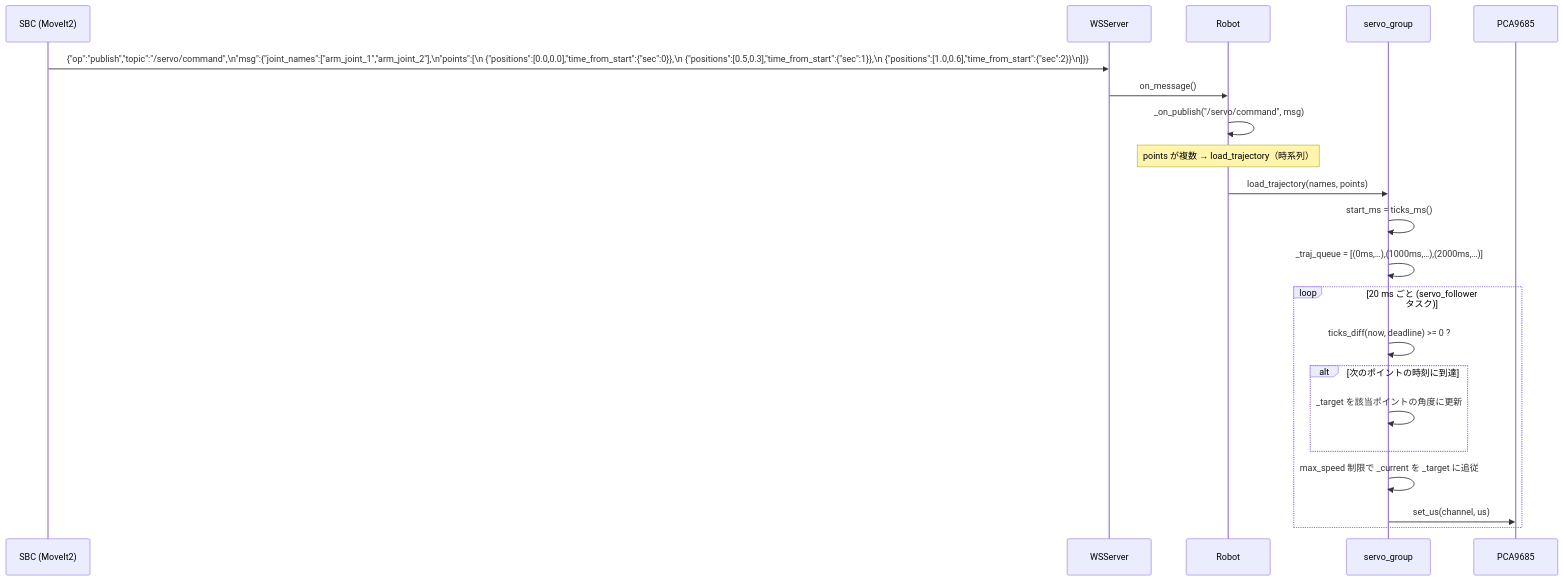
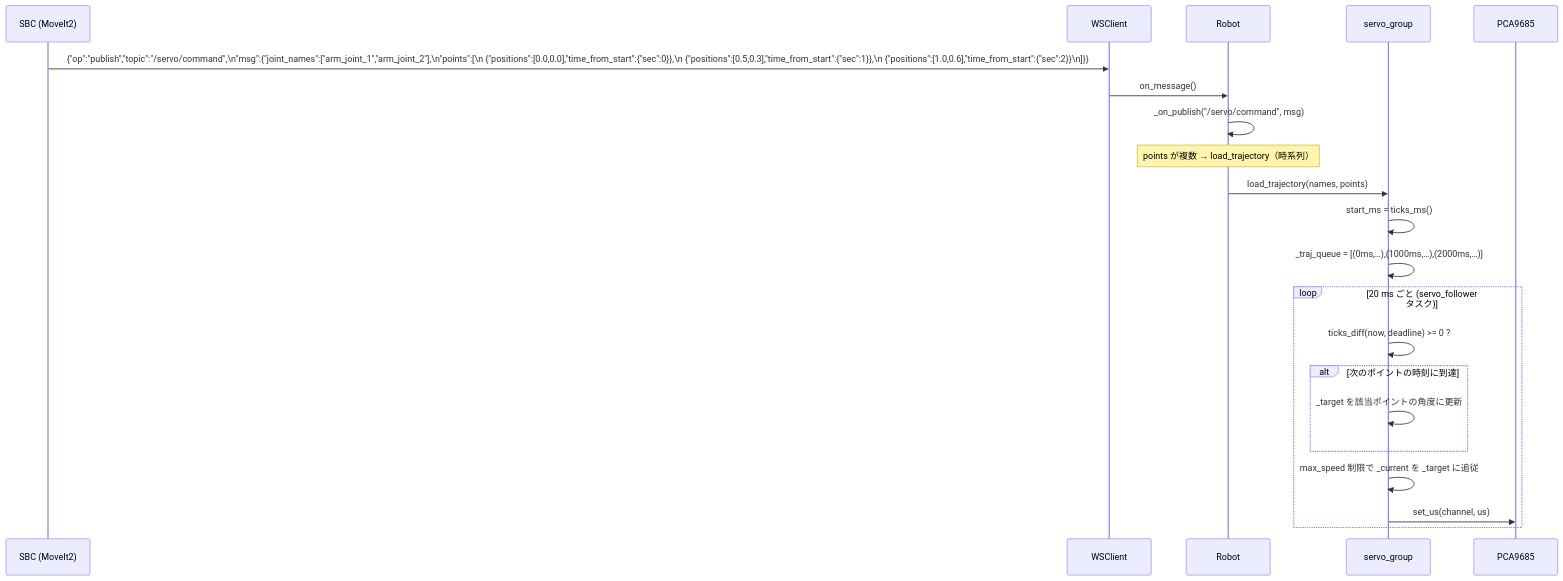
The sixth of 14 diagrams in docs/architecture/design.md (smabo-smartphone-robot/smabo-smartphone-robot.github.io), drawn with Mermaid before and after one commit. The commit also changed other lines of this file and 5 other files, not shown here.

````diff
--- a/docs/architecture/design.md
+++ b/docs/architecture/design.md
@@ -313,24 +331,24 @@
 ```mermaid
 sequenceDiagram
     participant SBC as SBC (MoveIt2)
-    participant WSServer
+    participant WSClient
     participant Robot
     participant JointGroup as servo_group
 
-    SBC->>WSServer: {"op":"publish","topic":"/servo/command",\n"msg":{"joint_names":["arm_joint_1","arm_joint_2"],\n"points":[\n  {"positions":[0.0,0.0],"time_from_start":{"sec":0}},\n  {"positions":[0.5,0.3],"time_from_start":{"sec":1}},\n  {"positions":[1.0,0.6],"time_from_start":{"sec":2}}\n]}}
-    WSServer->>Robot: on_message()
+    SBC->>WSClient: {"op":"publish","topic":"/servo/command",\n"msg":{"joint_names":["arm_joint_1","arm_joint_2"],\n"points":[\n  {"positions":[0.0,0.0],"time_from_start":{"sec":0}},\n  {"positions":[0.5,0.3],"time_from_start":{"sec":1}},\n  {"positions":[1.0,0.6],"time_from_start":{"sec":2}}\n]}}
+    WSClient->>Robot: on_message()
     Robot->>Robot: _on_publish("/servo/command", msg)
     Note over Robot: points が複数 → load_trajectory（時系列）
     Robot->>JointGroup: load_trajectory(names, points)
     JointGroup->>JointGroup: start_ms = ticks_ms()
     JointGroup->>JointGroup: _traj_queue = [(0ms,…),(1000ms,…),(2000ms,…)]
 
     loop 20 ms ごと (servo_follower タスク)
         JointGroup->>JointGroup: ticks_diff(now, deadline) >= 0 ?
         alt 次のポイントの時刻に到達
             JointGroup->>JointGroup: _target を該当ポイントの角度に更新
         end
         JointGroup->>JointGroup: max_speed 制限で _current を _target に追従
         JointGroup->>PCA9685: set_us(channel, us)
     end
 ```
````
